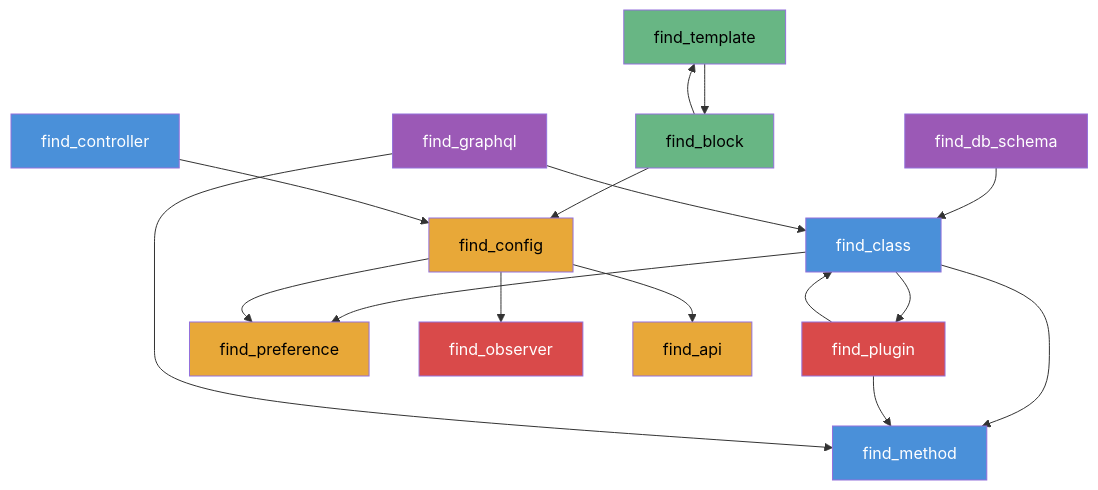
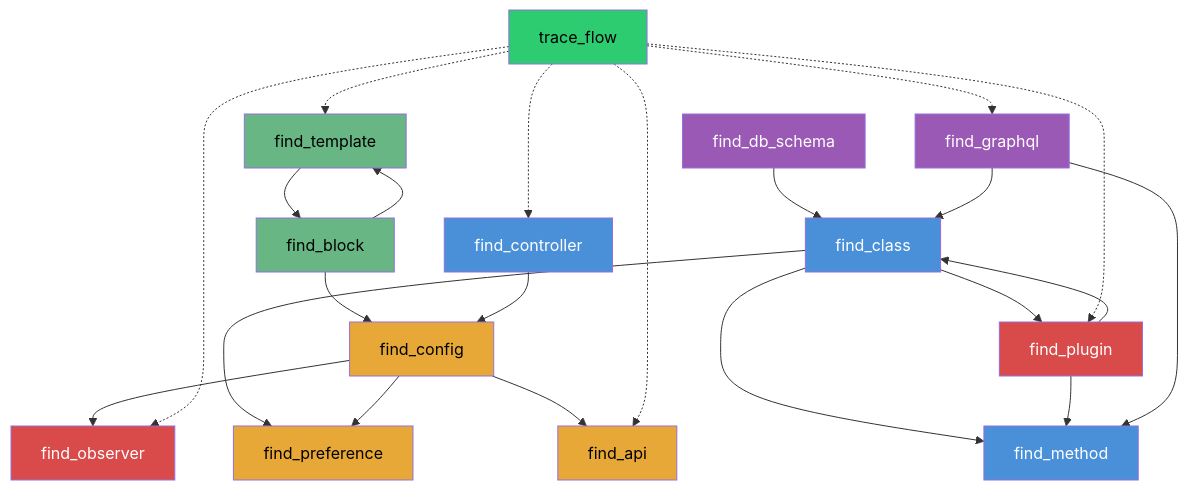
Before and after one commit to krejcif/magector: the fifth of 11 diagrams in README.md, drawn with Mermaid. The commit also changed other lines of this file and 5 other files, not shown here.

First line of the commit message:
Add magento_trace_flow MCP tool

````diff
--- a/README.md
+++ b/README.md
@@ -357,31 +365,38 @@
 ```mermaid
 graph TD
   cls["find_class"] --> plg["find_plugin"]
   cls --> prf["find_preference"]
   cls --> mtd["find_method"]
   cfg["find_config"] --> obs["find_observer"]
   cfg --> prf
   cfg --> api["find_api"]
   plg --> cls
   plg --> mtd
   tpl["find_template"] --> blk["find_block"]
   blk --> tpl
   blk --> cfg
   dbs["find_db_schema"] --> cls
   gql["find_graphql"] --> cls
   gql --> mtd
   ctl["find_controller"] --> cfg
+  trc["trace_flow"] -.-> ctl
+  trc -.-> plg
+  trc -.-> obs
+  trc -.-> tpl
+  trc -.-> api
+  trc -.-> gql
 
   style cls fill:#4a90d9,color:#fff
   style mtd fill:#4a90d9,color:#fff
   style cfg fill:#e8a838,color:#000
   style plg fill:#d94a4a,color:#fff
   style obs fill:#d94a4a,color:#fff
   style prf fill:#e8a838,color:#000
   style api fill:#e8a838,color:#000
   style tpl fill:#68b684,color:#000
   style blk fill:#68b684,color:#000
   style dbs fill:#9b59b6,color:#fff
   style gql fill:#9b59b6,color:#fff
   style ctl fill:#4a90d9,color:#fff
+  style trc fill:#2ecc71,color:#000
 ```
````
